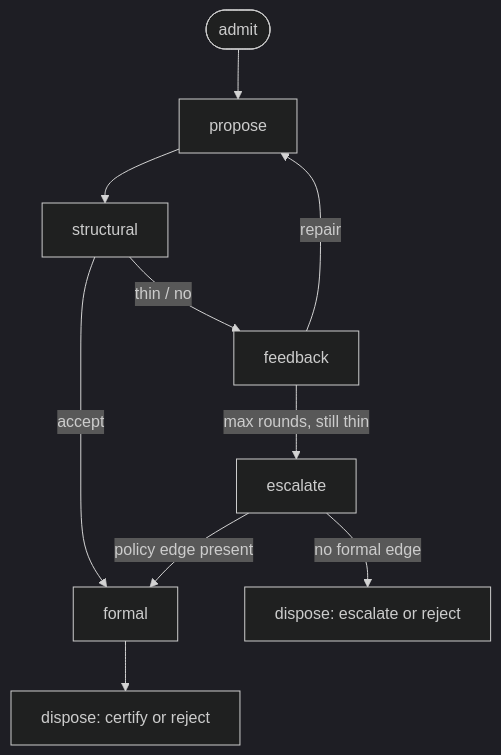
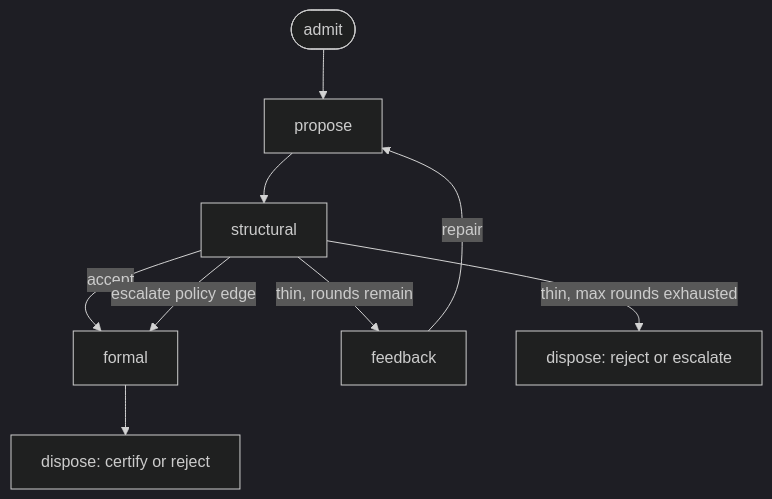
Before and after one commit to zndx/sdg-strategy: the diagram in objective/tasks/causal-chain-analysis-in-verification-loops.md, drawn with Mermaid (dark theme). The commit also changed other lines of this file and 1 other file, not shown here.

````diff
--- a/objective/tasks/causal-chain-analysis-in-verification-loops.md
+++ b/objective/tasks/causal-chain-analysis-in-verification-loops.md
@@ -14,12 +14,11 @@
 ```mermaid
 flowchart TD
   admit([admit]) --> propose[propose]
   propose --> structural[structural]
   structural -->|accept| formal[formal]
-  structural -->|thin / no| feedback[feedback]
+  structural -->|thin, rounds remain| feedback[feedback]
+  structural -->|thin, max rounds exhausted| dispose_struct[dispose: reject or escalate]
   feedback -->|repair| propose
-  feedback -->|max rounds, still thin| escalate[escalate]
-  escalate -->|policy edge present| formal
-  escalate -->|no formal edge| dispose_early[dispose: escalate or reject]
+  structural -->|escalate policy edge| formal
   formal --> dispose[dispose: certify or reject]
 ```
````
